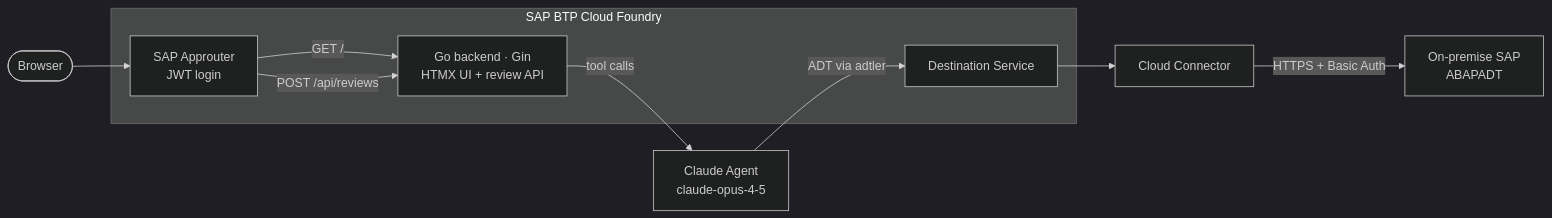
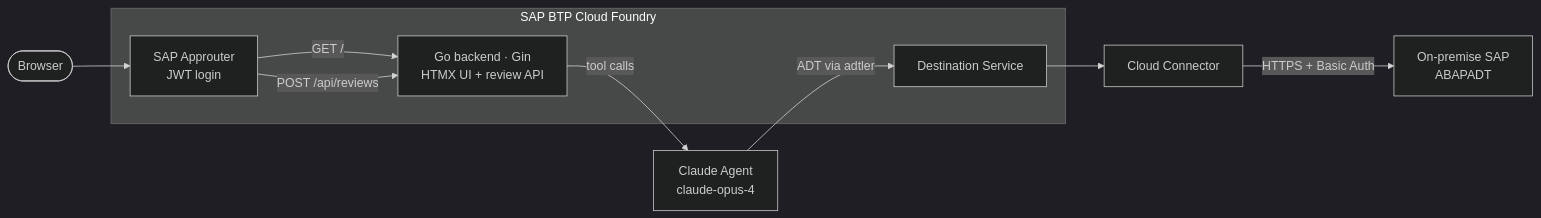
The diagram in README.md (Hochfrequenz/ai-abap-code-review-service), drawn with Mermaid (dark theme) before and after one commit. The commit also changed other lines of this file, not shown here.

````diff
--- a/README.md
+++ b/README.md
@@ -25,16 +7,16 @@
 ```mermaid
 flowchart LR
     Browser([Browser]) --> AR[SAP Approuter\nJWT login]
     AR -->|GET /| Go[Go backend · Gin\nHTMX UI + review API]
     AR -->|POST /api/reviews| Go
-    Go -->|tool calls| Agent[Claude Agent\nclaude-opus-4-5]
+    Go -->|tool calls| Agent[Claude Agent\nclaude-opus-4]
     Agent -->|ADT via adtler| DST[Destination Service]
     DST --> CC[Cloud Connector]
     CC -->|HTTPS + Basic Auth| SAP[On-premise SAP\nABAPADT]
 
     subgraph SAP BTP Cloud Foundry
         AR
         Go
         DST
     end
 ```
````
